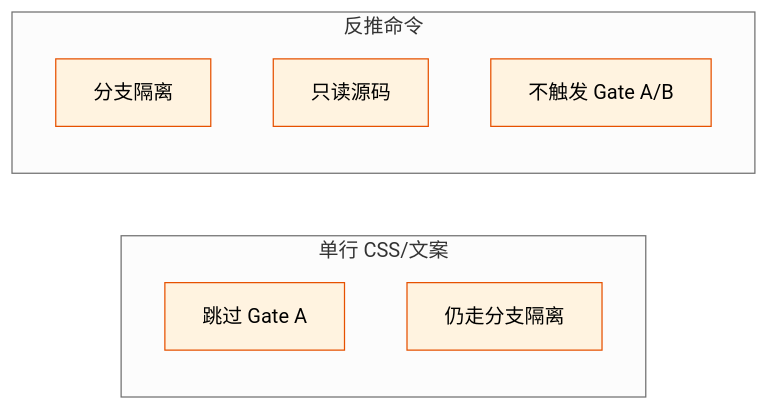
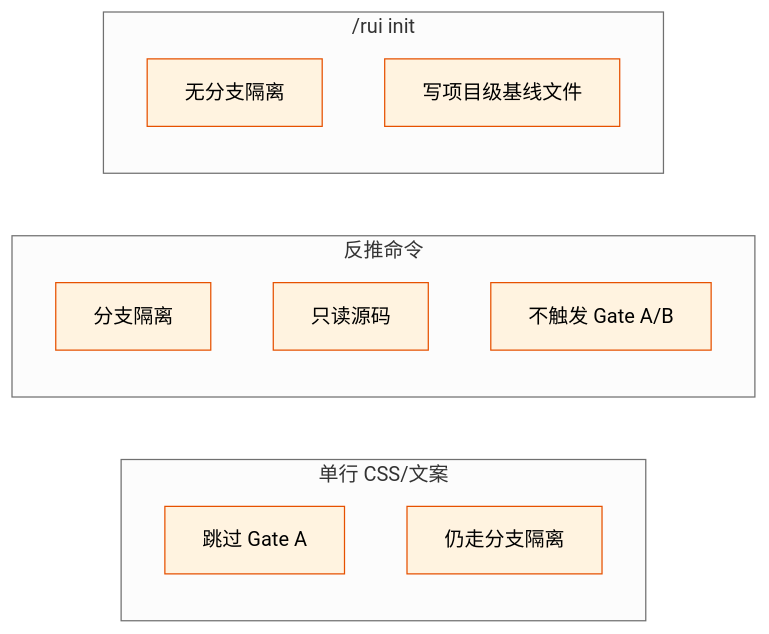
One commit to effiy/YrY changed the eighth of 10 diagrams in rules/code-pipeline.md. Above: the diagram before and after it, drawn with Mermaid (neutral theme). The commit also changed other lines of this file and 4 other files, not shown here.

````diff
--- a/rules/code-pipeline.md
+++ b/rules/code-pipeline.md
@@ -212,14 +217,18 @@
 ```mermaid
 flowchart LR
     subgraph 单行["单行 CSS/文案"]
         E1["跳过 Gate A"]:::ex
         E2["仍走分支隔离"]:::ex
     end
     subgraph 反推["反推命令"]
         E3["分支隔离"]:::ex
         E4["只读源码"]:::ex
         E5["不触发 Gate A/B"]:::ex
     end
+    subgraph init["/rui init"]
+        E6["无分支隔离"]:::ex
+        E7["写项目级基线文件"]:::ex
+    end
 
     classDef ex fill:#fff3e0,stroke:#e65100;
 ```
````
